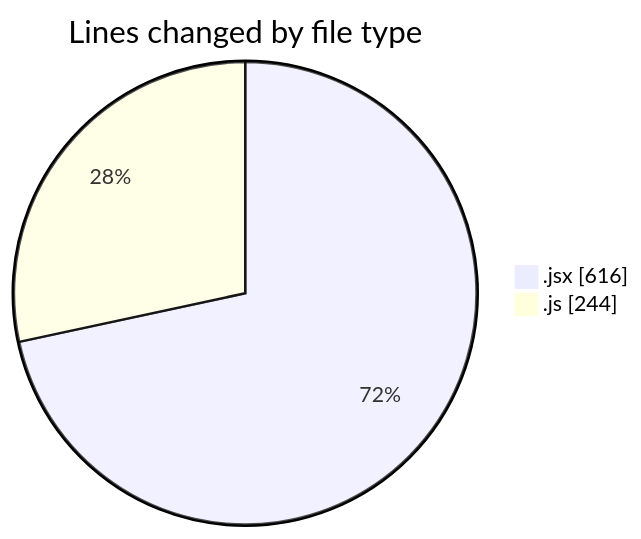
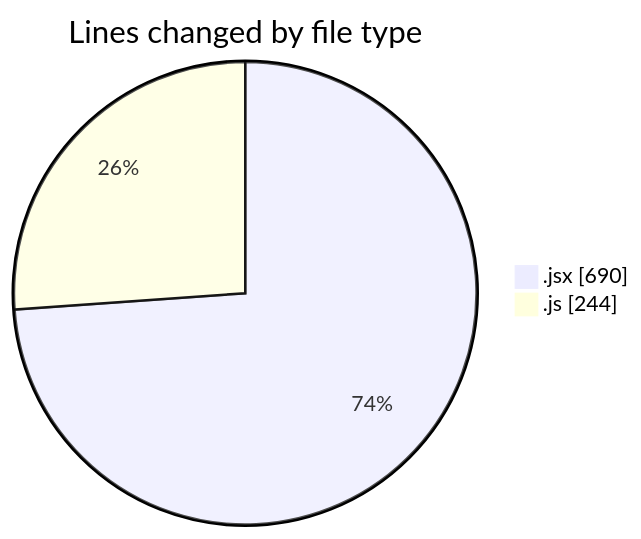
Before and after one commit to nxtqubesakshisongat/code-tracking: the first of 2 diagrams in 2025-07-30/nxtqube_webapp/README.md, drawn with Mermaid. The commit also changed other lines of this file and 1 other file, not shown here.

````diff
--- a/2025-07-30/nxtqube_webapp/README.md
+++ b/2025-07-30/nxtqube_webapp/README.md
@@ -22,6 +22,6 @@
 ```mermaid
 pie showData
 title Lines changed by file type
-".jsx" : 616
+".jsx" : 690
 ".js" : 244
 ```
````
